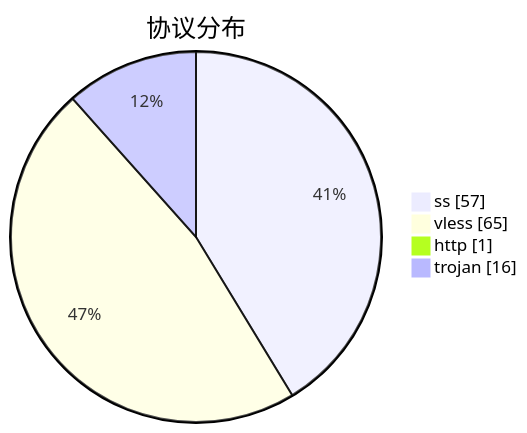
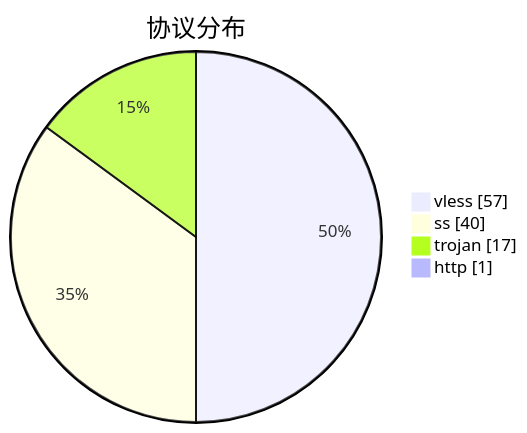
The third of 3 diagrams in subs/statistics/tested_within.md (qjlxg/airport), drawn with Mermaid before and after one commit. The commit also changed other lines of this file and 2 other files, not shown here.

````diff
--- a/subs/statistics/tested_within.md
+++ b/subs/statistics/tested_within.md
@@ -19,8 +18,8 @@
 ```mermaid
 pie showData
 title 协议分布
-"ss" : 57
-"vless" : 65
+"vless" : 57
+"ss" : 40
+"trojan" : 17
 "http" : 1
-"trojan" : 16
 ```
````
